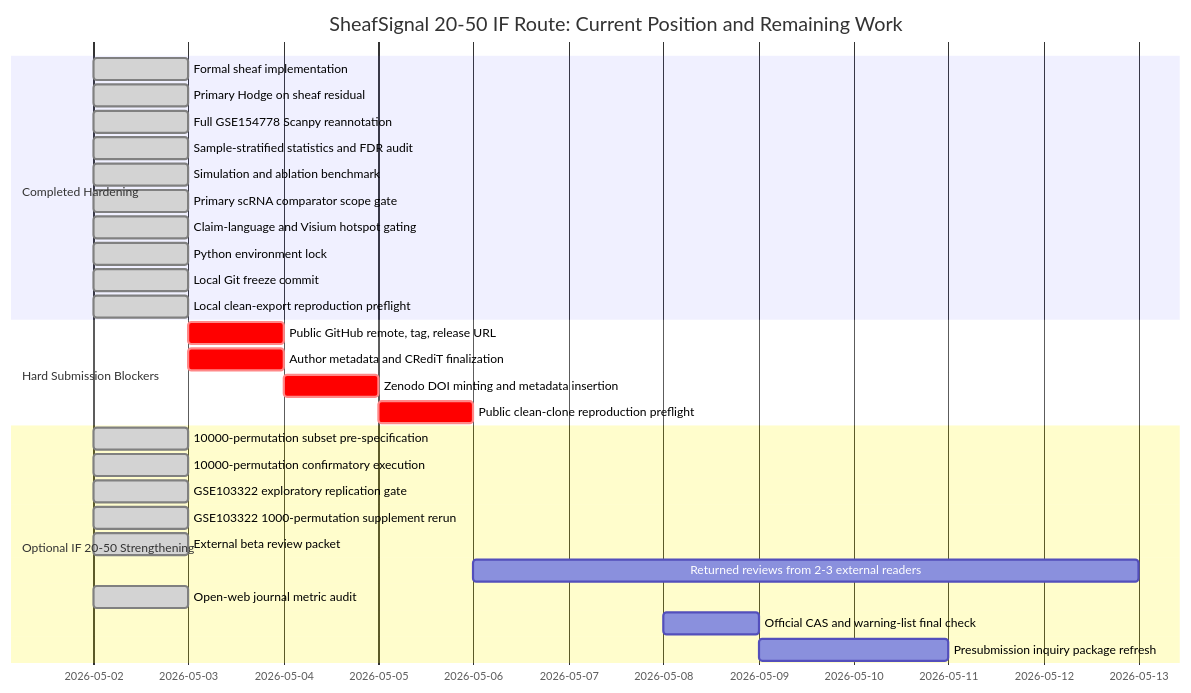
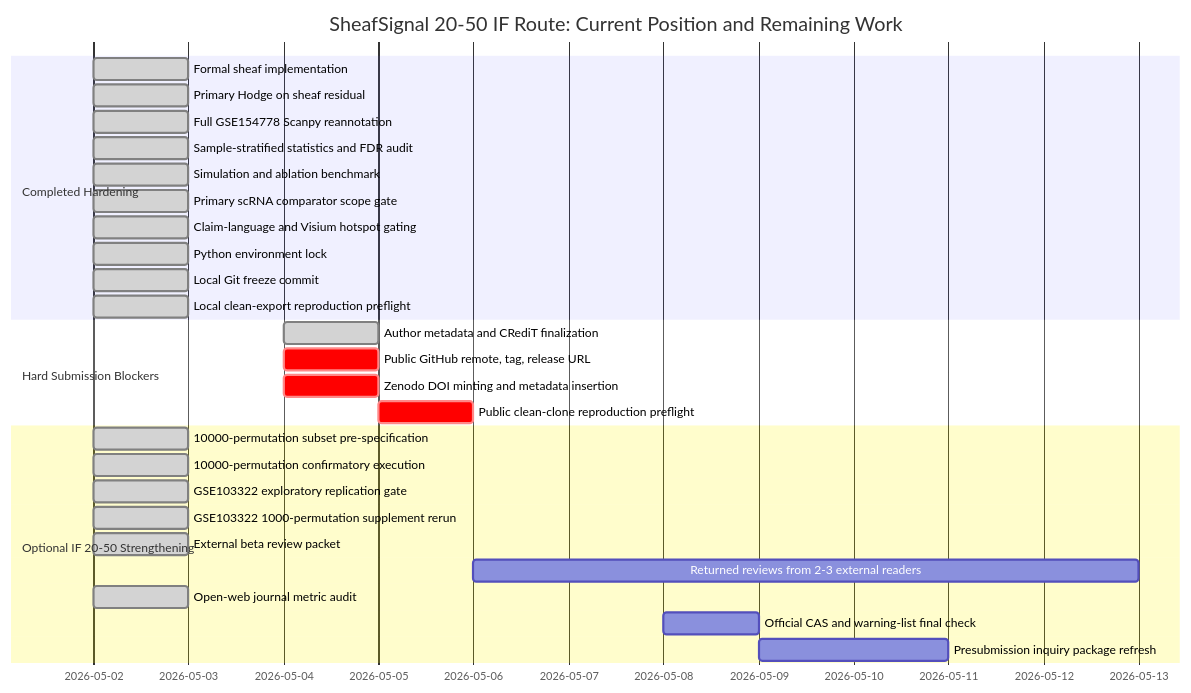
Before and after one commit to healthgreat/SheafSignal: the diagram in manuscript/IF20_50_DISTANCE_REPORT.md, drawn with Mermaid. The commit also changed other lines of this file and 28 other files, not shown here.

Commit message:
Apply author declarations and refresh release gates

````diff
--- a/manuscript/IF20_50_DISTANCE_REPORT.md
+++ b/manuscript/IF20_50_DISTANCE_REPORT.md
@@ -86,34 +85,34 @@
 ```mermaid
 gantt
     title SheafSignal 20-50 IF Route: Current Position and Remaining Work
     dateFormat  YYYY-MM-DD
 
     section Completed Hardening
     Formal sheaf implementation                  :done, 2026-05-02, 1d
     Primary Hodge on sheaf residual              :done, 2026-05-02, 1d
     Full GSE154778 Scanpy reannotation           :done, 2026-05-02, 1d
     Sample-stratified statistics and FDR audit   :done, 2026-05-02, 1d
     Simulation and ablation benchmark            :done, 2026-05-02, 1d
     Primary scRNA comparator scope gate          :done, 2026-05-02, 1d
     Claim-language and Visium hotspot gating     :done, 2026-05-02, 1d
     Python environment lock                      :done, 2026-05-02, 1d
     Local Git freeze commit                      :done, 2026-05-02, 1d
     Local clean-export reproduction preflight    :done, 2026-05-02, 1d
 
     section Hard Submission Blockers
-    Public GitHub remote, tag, release URL       :crit, 2026-05-03, 1d
-    Author metadata and CRediT finalization      :crit, 2026-05-03, 1d
+    Author metadata and CRediT finalization      :done, 2026-05-04, 1d
+    Public GitHub remote, tag, release URL       :crit, 2026-05-04, 1d
     Zenodo DOI minting and metadata insertion    :crit, 2026-05-04, 1d
     Public clean-clone reproduction preflight    :crit, 2026-05-05, 1d
 
     section Optional IF 20-50 Strengthening
     10000-permutation subset pre-specification   :done, 2026-05-02, 1d
     10000-permutation confirmatory execution     :done, 2026-05-02, 1d
     GSE103322 exploratory replication gate       :done, 2026-05-02, 1d
     GSE103322 1000-permutation supplement rerun  :done, 2026-05-02, 1d
     External beta review packet                  :done, 2026-05-02, 1d
     Returned reviews from 2-3 external readers   :2026-05-06, 7d
     Open-web journal metric audit                :done, 2026-05-02, 1d
     Official CAS and warning-list final check    :2026-05-08, 1d
     Presubmission inquiry package refresh        :2026-05-09, 2d
 ```
````
